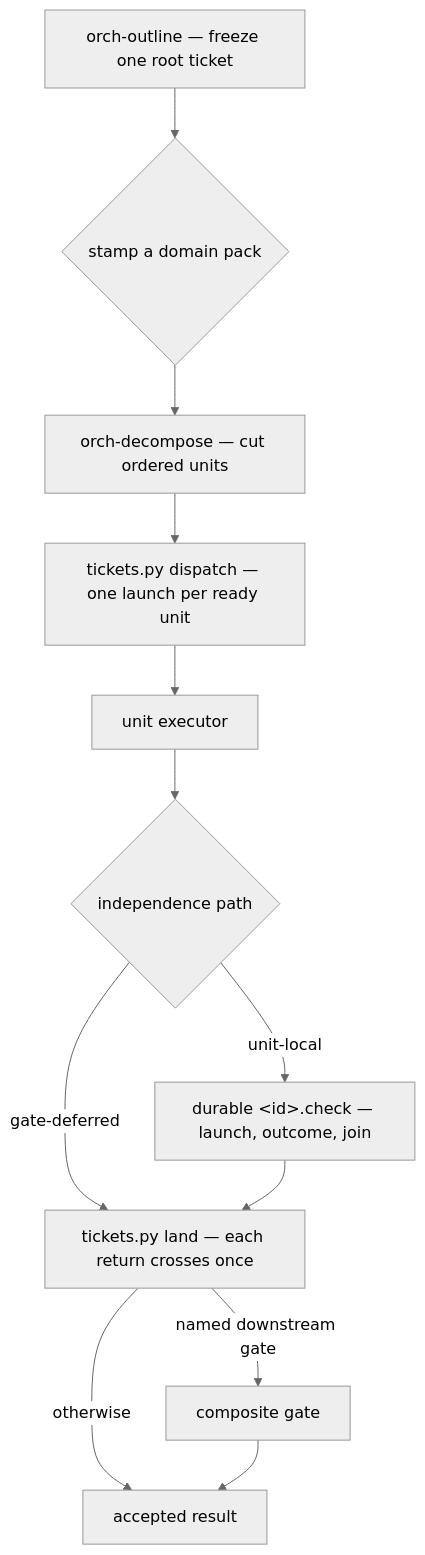
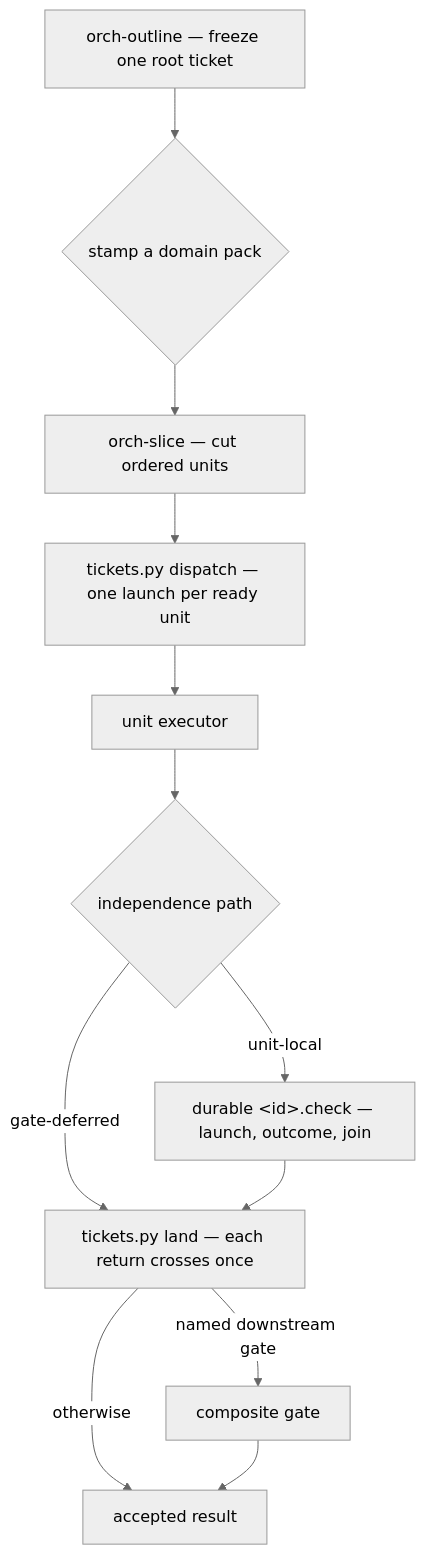
The diagram in README.md (DanMcInerney/orchflows), drawn with Mermaid (neutral theme) before and after one commit. The commit also changed other lines of this file and 41 other files, not shown here.

````diff
--- a/README.md
+++ b/README.md
@@ -181,14 +181,14 @@
 ```mermaid
 flowchart TD
     outline["orch-outline — freeze one root ticket"] --> pack{"stamp a domain pack"}
-    pack --> dec["orch-decompose — cut ordered units"]
+    pack --> dec["orch-slice — cut ordered units"]
     dec --> frontier["tickets.py dispatch — one launch per ready unit"]
     frontier --> exec["unit executor"]
     exec --> path{"independence path"}
     path -->|unit-local| checker["durable &lt;id&gt;.check — launch, outcome, join"]
     path -->|gate-deferred| join["tickets.py land — each return crosses once"]
     checker --> join
     join -->|named downstream gate| gate["composite gate"]
     join -->|otherwise| accepted["accepted result"]
     gate --> accepted
 ```
````
